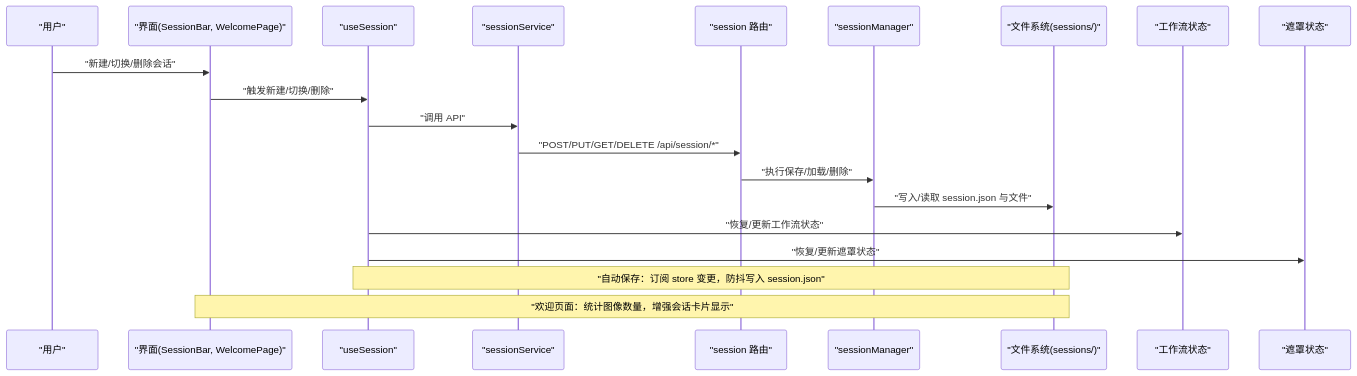
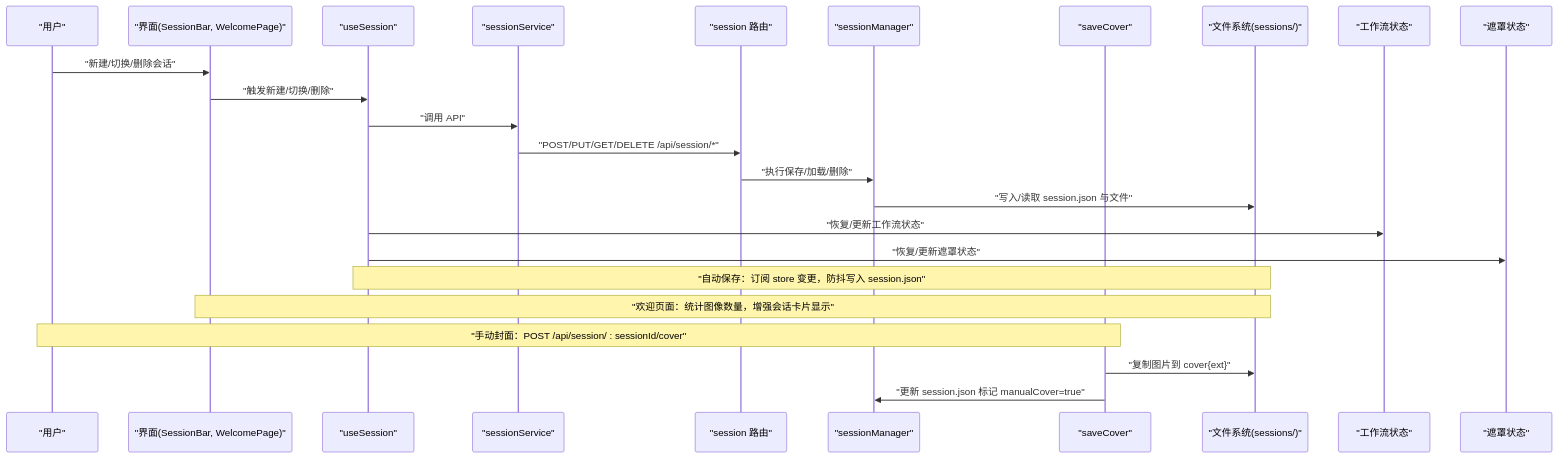
Before and after one commit to billye220670/CorineKit_Pix2Real: the second of 10 diagrams in .qoder/repowiki/zh/content/会话管理/会话管理.md, drawn with Mermaid. The commit also changed other lines of this file and 14 other files, not shown here.

````diff
--- a/.qoder/repowiki/zh/content/会话管理/会话管理.md
+++ b/.qoder/repowiki/zh/content/会话管理/会话管理.md
@@ -122,22 +133,26 @@
 ```mermaid
 sequenceDiagram
 participant U as "用户"
 participant UI as "界面(SessionBar, WelcomePage)"
 participant Hook as "useSession"
 participant Svc as "sessionService"
 participant R as "session 路由"
 participant M as "sessionManager"
+participant SC as "saveCover"
 participant FS as "文件系统(sessions/)"
 participant WF as "工作流状态"
 participant MSK as "遮罩状态"
 U->>UI : "新建/切换/删除会话"
 UI->>Hook : "触发新建/切换/删除"
 Hook->>Svc : "调用 API"
 Svc->>R : "POST/PUT/GET/DELETE /api/session/*"
 R->>M : "执行保存/加载/删除"
 M->>FS : "写入/读取 session.json 与文件"
 Hook->>WF : "恢复/更新工作流状态"
 Hook->>MSK : "恢复/更新遮罩状态"
 Note over Hook,FS : "自动保存：订阅 store 变更，防抖写入 session.json"
 Note over UI,FS : "欢迎页面：统计图像数量，增强会话卡片显示"
+Note over U,SC : "手动封面：POST /api/session/ : sessionId/cover"
+SC->>FS : "复制图片到 cover{ext}"
+SC->>M : "更新 session.json 标记 manualCover=true"
 ```
````
